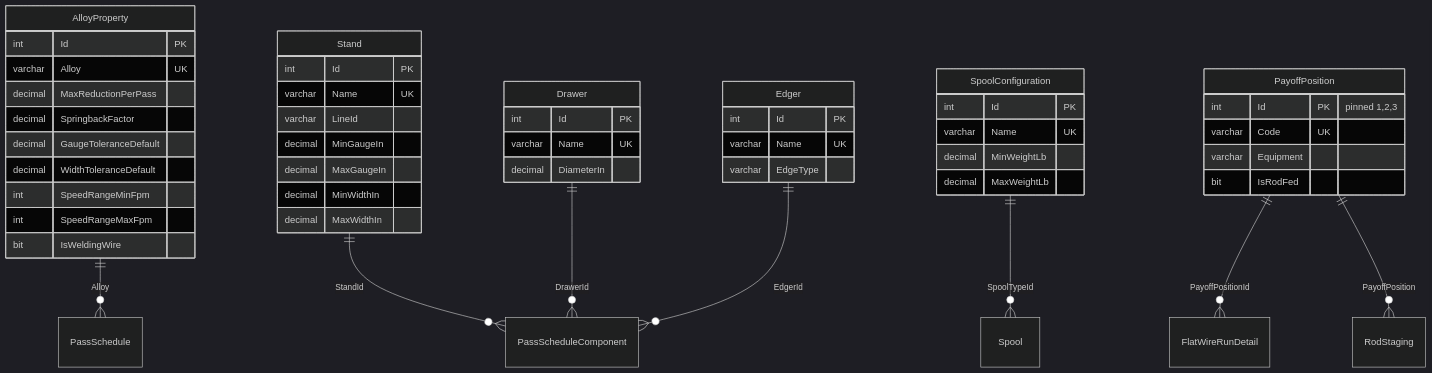
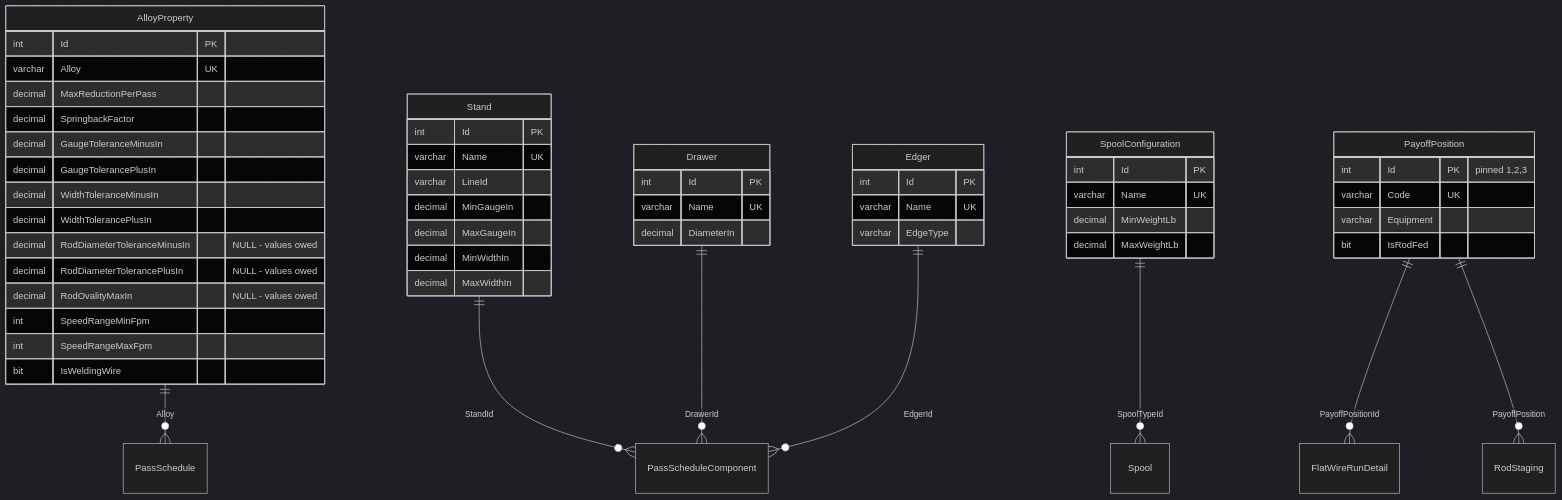
Before and after one commit to UnitedAluminum/Flatwire-planning: the fifth of 10 diagrams in LatestDocument/ProjectPlan/03-HLD-and-ERDiagram.md, drawn with Mermaid (dark theme). The commit also changed other lines of this file and 63 other files, not shown here.

````diff
--- a/LatestDocument/ProjectPlan/03-HLD-and-ERDiagram.md
+++ b/LatestDocument/ProjectPlan/03-HLD-and-ERDiagram.md
@@ -583,52 +585,57 @@
 ```mermaid
 erDiagram
     AlloyProperty {
         int Id PK
         varchar Alloy UK
         decimal MaxReductionPerPass
         decimal SpringbackFactor
-        decimal GaugeToleranceDefault
-        decimal WidthToleranceDefault
+        decimal GaugeToleranceMinusIn
+        decimal GaugeTolerancePlusIn
+        decimal WidthToleranceMinusIn
+        decimal WidthTolerancePlusIn
+        decimal RodDiameterToleranceMinusIn "NULL - values owed"
+        decimal RodDiameterTolerancePlusIn "NULL - values owed"
+        decimal RodOvalityMaxIn "NULL - values owed"
         int SpeedRangeMinFpm
         int SpeedRangeMaxFpm
         bit IsWeldingWire
     }
     Stand {
         int Id PK
         varchar Name UK
         varchar LineId
         decimal MinGaugeIn
         decimal MaxGaugeIn
         decimal MinWidthIn
         decimal MaxWidthIn
     }
     Drawer {
         int Id PK
         varchar Name UK
         decimal DiameterIn
     }
     Edger {
         int Id PK
         varchar Name UK
         varchar EdgeType
     }
     SpoolConfiguration {
         int Id PK
         varchar Name UK
         decimal MinWeightLb
         decimal MaxWeightLb
     }
     PayoffPosition {
         int Id PK "pinned 1,2,3"
         varchar Code UK
         varchar Equipment
         bit IsRodFed
     }
     AlloyProperty      ||--o{ PassSchedule : "Alloy"
     Stand              ||--o{ PassScheduleComponent : "StandId"
     Drawer             ||--o{ PassScheduleComponent : "DrawerId"
     Edger              ||--o{ PassScheduleComponent : "EdgerId"
     SpoolConfiguration ||--o{ Spool : "SpoolTypeId"
     PayoffPosition     ||--o{ FlatWireRunDetail : "PayoffPositionId"
     PayoffPosition     ||--o{ RodStaging : "PayoffPosition"
 ```
````
